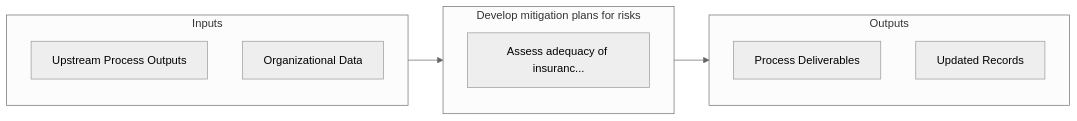
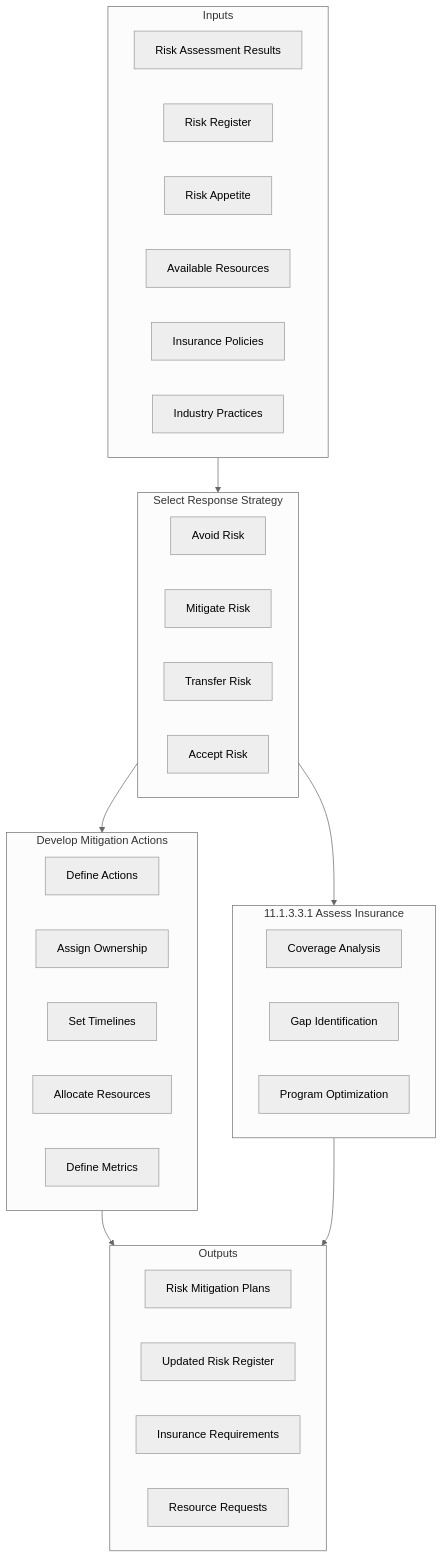
One commit to kziemski/business.org.ai changed the second of 3 diagrams in processes/11-Risk/11.1-ManageEnterpriseRisk/11.1.3-ManageBusinessUnitFunction/11.1.3.3-DevelopMitigationPlansRisks/index.mdx. Above: the diagram before and after it, drawn with Mermaid (neutral theme). The commit also changed other lines of this file and 885 other files, not shown here.

````diff
--- a/processes/11-Risk/11.1-ManageEnterpriseRisk/11.1.3-ManageBusinessUnitFunction/11.1.3.3-DevelopMitigationPlansRisks/index.mdx
+++ b/processes/11-Risk/11.1-ManageEnterpriseRisk/11.1.3-ManageBusinessUnitFunction/11.1.3.3-DevelopMitigationPlansRisks/index.mdx
@@ -62,18 +49,45 @@
 ```mermaid
-flowchart LR
+flowchart TB
     subgraph Inputs["Inputs"]
-        I1["Upstream Process Outputs"]
-        I2["Organizational Data"]
+        I1["Risk Assessment Results"]
+        I2["Risk Register"]
+        I3["Risk Appetite"]
+        I4["Available Resources"]
+        I5["Insurance Policies"]
+        I6["Industry Practices"]
     end
 
-    subgraph Process["Develop mitigation plans for risks"]
-        S1["Assess adequacy of insuranc..."]
+    subgraph Strategy["Select Response Strategy"]
+        S1["Avoid Risk"]
+        S2["Mitigate Risk"]
+        S3["Transfer Risk"]
+        S4["Accept Risk"]
+    end
+
+    subgraph Plan["Develop Mitigation Actions"]
+        P1["Define Actions"]
+        P2["Assign Ownership"]
+        P3["Set Timelines"]
+        P4["Allocate Resources"]
+        P5["Define Metrics"]
+    end
+
+    subgraph Insurance["11.1.3.3.1 Assess Insurance"]
+        I["Coverage Analysis"]
+        IR["Gap Identification"]
+        IP["Program Optimization"]
     end
 
     subgraph Outputs["Outputs"]
-        O1["Process Deliverables"]
-        O2["Updated Records"]
+        OUT1["Risk Mitigation Plans"]
+        OUT2["Updated Risk Register"]
+        OUT3["Insurance Requirements"]
+        OUT4["Resource Requests"]
     end
 
-    Inputs --> Process --> Outputs
+    Inputs --> Strategy
+    Strategy --> Plan
+    Strategy --> Insurance
+    Plan --> Outputs
+    Insurance --> Outputs
 ```
````
